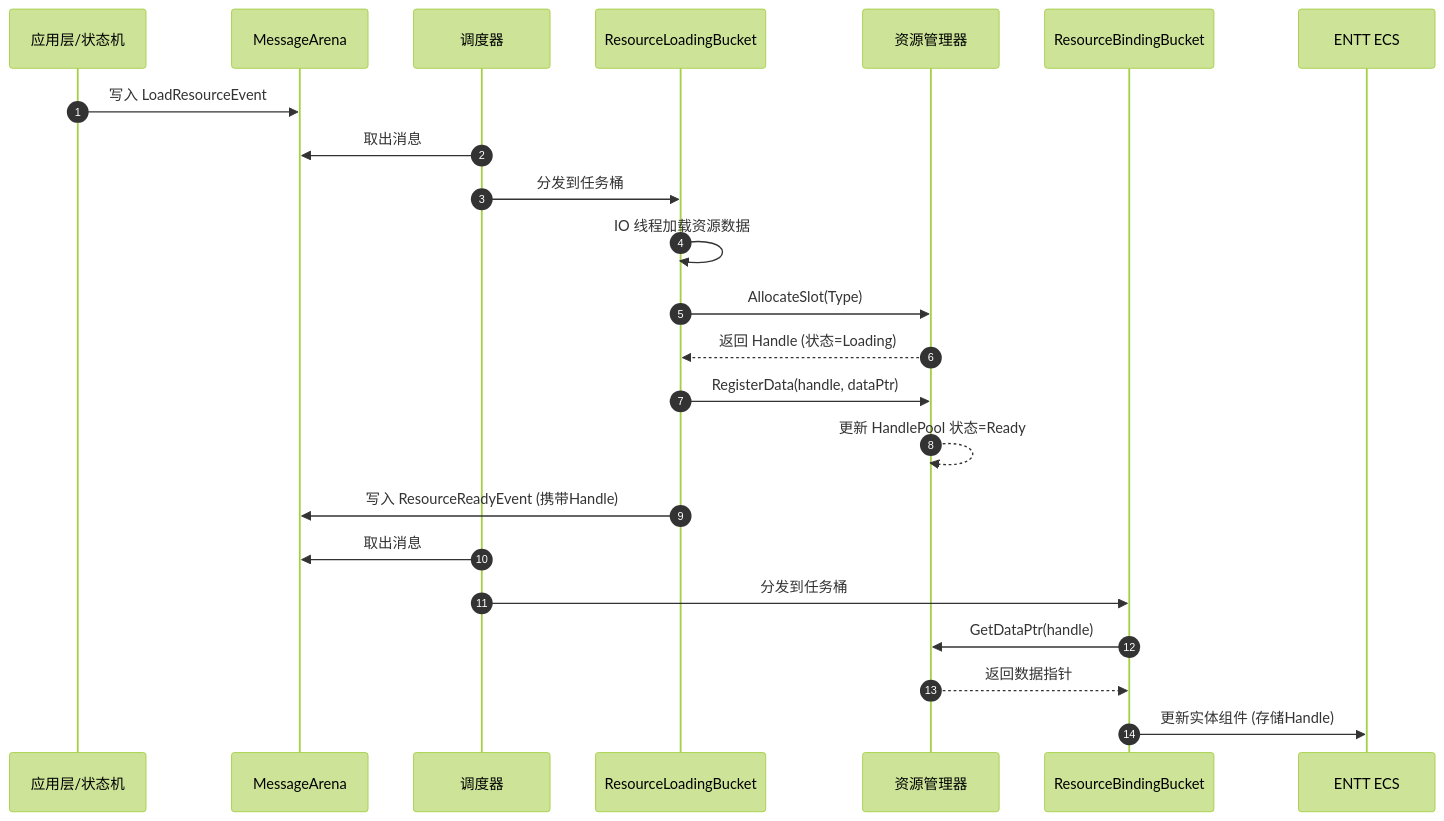
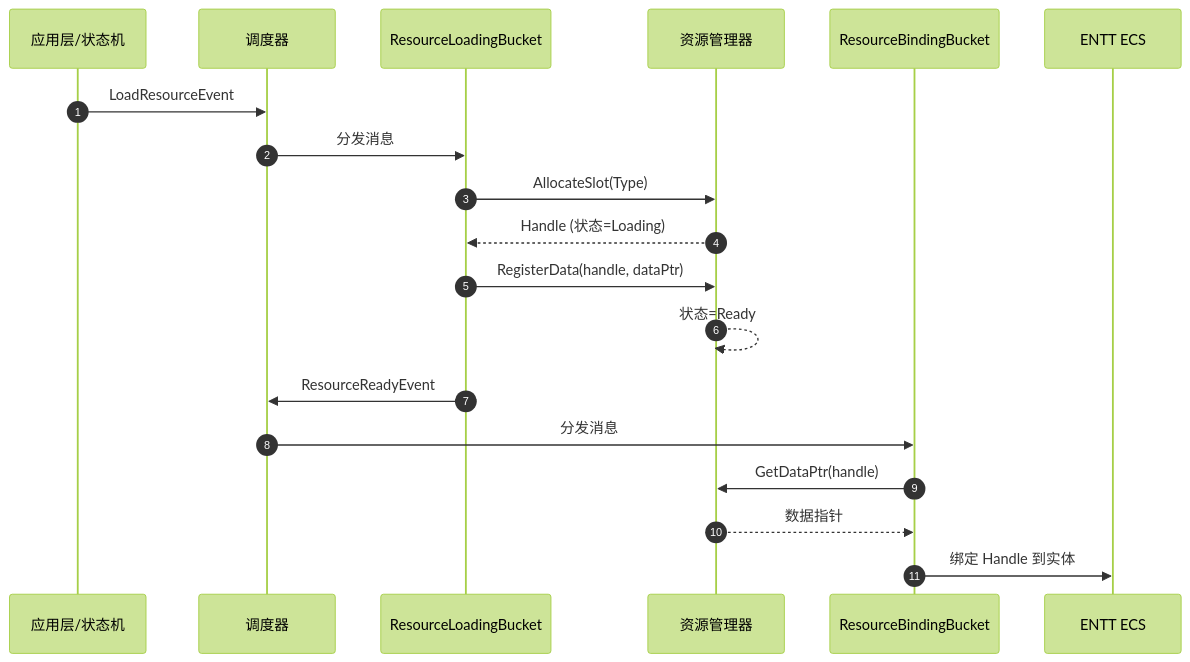
Before and after one commit to Gunxzq/blog: the third of 3 diagrams in src/posts/DX12Engine/ResourceSystem/ResourceManager.md, drawn with Mermaid (forest theme). The commit also changed other lines of this file and 2 other files, not shown here.

````diff
--- a/src/posts/DX12Engine/ResourceSystem/ResourceManager.md
+++ b/src/posts/DX12Engine/ResourceSystem/ResourceManager.md
@@ -165,26 +108,22 @@
 ```mermaid
 sequenceDiagram
     autonumber
     participant APP as 应用层/状态机
-    participant ARENA as MessageArena
     participant SCHED as 调度器
     participant TB1 as ResourceLoadingBucket
     participant RM as 资源管理器
     participant TB2 as ResourceBindingBucket
     participant ENTT as ENTT ECS
 
-    APP->>ARENA: 写入 LoadResourceEvent
-    SCHED->>ARENA: 取出消息
-    SCHED->>TB1: 分发到任务桶
-    TB1->>TB1: IO 线程加载资源数据
+    APP->>SCHED: LoadResourceEvent
+    SCHED->>TB1: 分发消息
     TB1->>RM: AllocateSlot(Type)
-    RM-->>TB1: 返回 Handle (状态=Loading)
+    RM-->>TB1: Handle (状态=Loading)
     TB1->>RM: RegisterData(handle, dataPtr)
-    RM-->>RM: 更新 HandlePool 状态=Ready
-    TB1->>ARENA: 写入 ResourceReadyEvent (携带Handle)
-    SCHED->>ARENA: 取出消息
-    SCHED->>TB2: 分发到任务桶
+    RM-->>RM: 状态=Ready
+    TB1->>SCHED: ResourceReadyEvent
+    SCHED->>TB2: 分发消息
     TB2->>RM: GetDataPtr(handle)
-    RM-->>TB2: 返回数据指针
-    TB2->>ENTT: 更新实体组件 (存储Handle)
+    RM-->>TB2: 数据指针
+    TB2->>ENTT: 绑定 Handle 到实体
 ```
````
